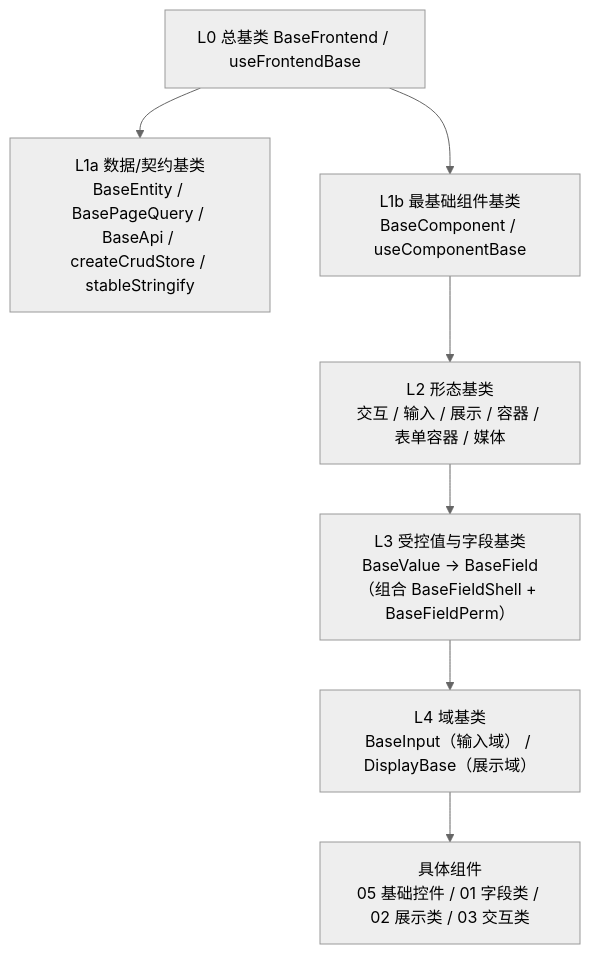
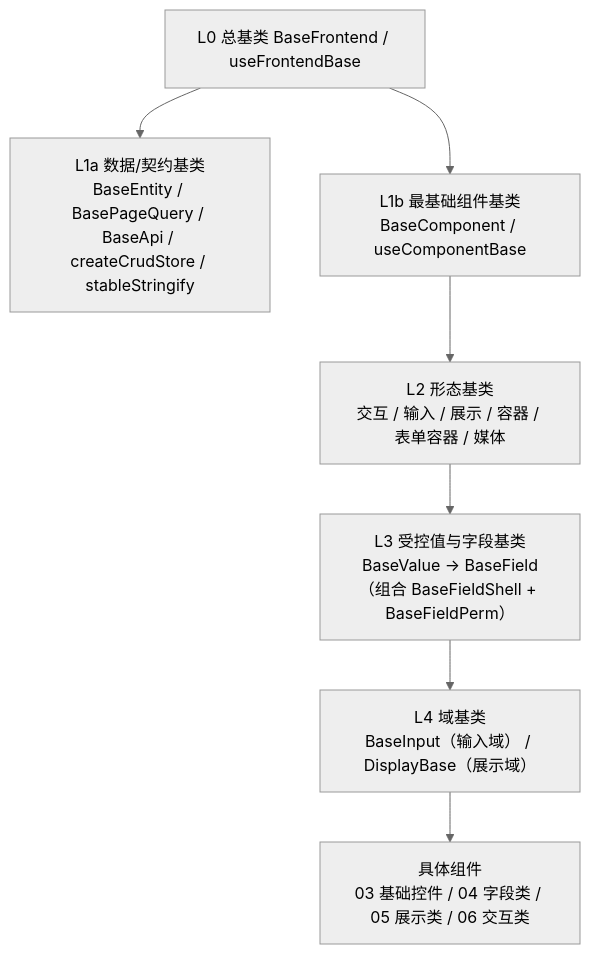
Before and after one commit to minjian123/basic-management-system: the first of 2 diagrams in bms文档/规范/前端开发规范.md, drawn with Mermaid (neutral theme). The commit also changed other lines of this file and 213 other files, not shown here.

Commit message:
docs(设计): 组件设计顶层类别重排编号（00→02 基础组件类、05→03 基础控件类、01→04 字段类、02→05 展示类、03→06 交互类、04→07 基础类）并全库同步路径引用与六类叙述顺序

````diff
--- a/bms文档/规范/前端开发规范.md
+++ b/bms文档/规范/前端开发规范.md
@@ -47,16 +47,16 @@
 ```mermaid
 flowchart TD
     L0["L0 总基类 BaseFrontend / useFrontendBase"]
     L1A["L1a 数据/契约基类<br/>BaseEntity / BasePageQuery / BaseApi / createCrudStore / stableStringify"]
     L1B["L1b 最基础组件基类<br/>BaseComponent / useComponentBase"]
     L2["L2 形态基类<br/>交互 / 输入 / 展示 / 容器 / 表单容器 / 媒体"]
     L3["L3 受控值与字段基类<br/>BaseValue → BaseField（组合 BaseFieldShell + BaseFieldPerm）"]
     L4["L4 域基类<br/>BaseInput（输入域） / DisplayBase（展示域）"]
-    L5["具体组件<br/>05 基础控件 / 01 字段类 / 02 展示类 / 03 交互类"]
+    L5["具体组件<br/>03 基础控件 / 04 字段类 / 05 展示类 / 06 交互类"]
     L0 --> L1A
     L0 --> L1B
     L1B --> L2
     L2 --> L3
     L3 --> L4
     L4 --> L5
 ```
````
